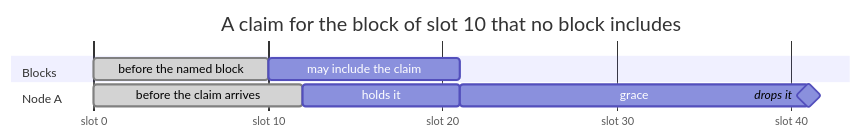
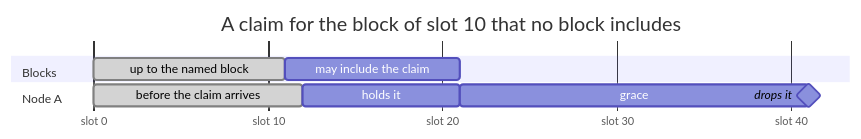
One commit to logos-co/logos-lips changed the second of 3 diagrams in docs/blockchain/raw/mempool.md. Above: the diagram before and after it, drawn with Mermaid. The commit also changed other lines of this file, not shown here.

````diff
--- a/docs/blockchain/raw/mempool.md
+++ b/docs/blockchain/raw/mempool.md
@@ -71,22 +71,22 @@
 ```mermaid
 ---
 displayMode: compact
 config:
   gantt:
     useWidth: 800
 ---
 gantt
     title A claim for the block of slot 10 that no block includes
     dateFormat X
     axisFormat slot %s
     tickInterval 10second
     todayMarker off
     section Blocks
-        before the named block : done, b0, 0, 10s
-        may include the claim : b1, after b0, 11s
+        up to the named block : done, b0, 0, 11s
+        may include the claim : b1, after b0, 10s
     section Node A
         before the claim arrives : done, a0, 0, 12s
         holds it : a1, after a0, 9s
         grace : a2, after a1, 20s
         drops it : milestone, a3, after a2, 0s
 ```
````
